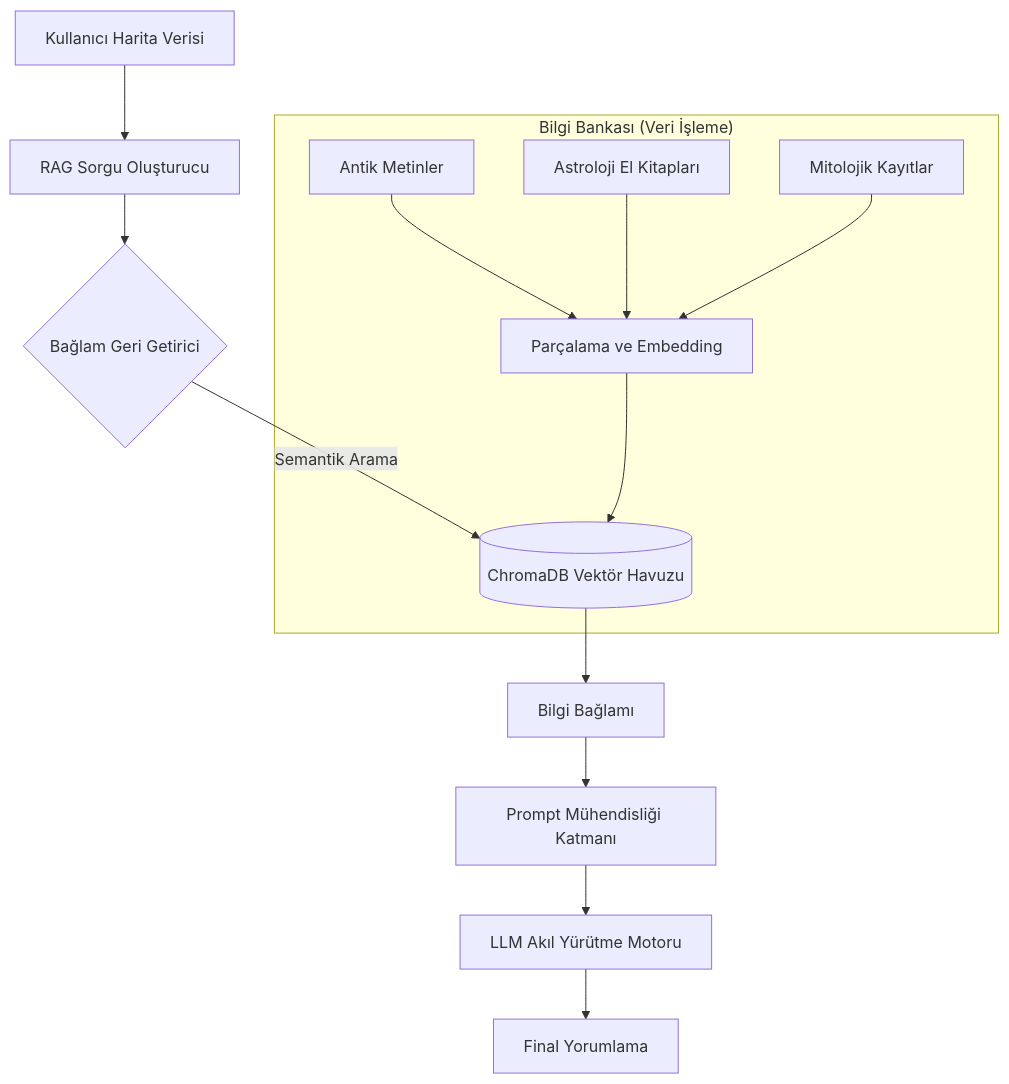
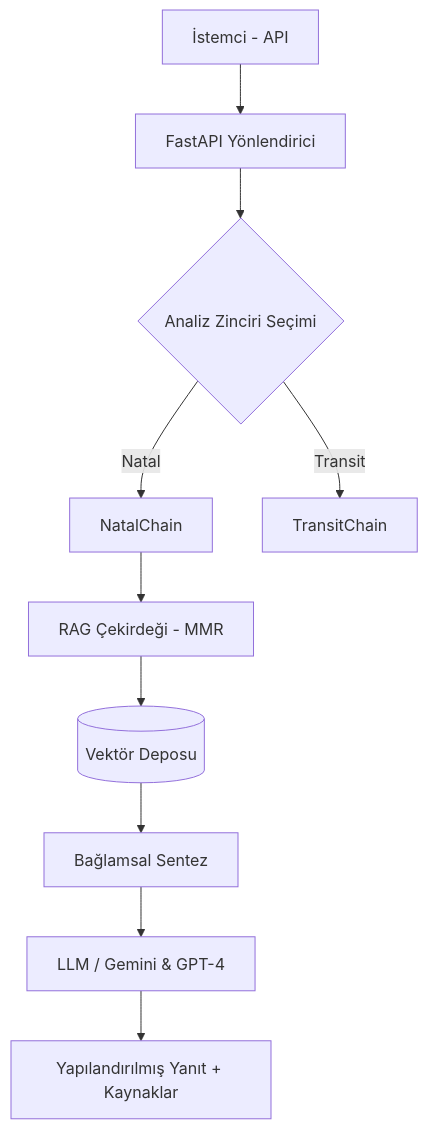
Before and after one commit to arch-yunus/Astro-Oracle: the diagram in README.md, drawn with Mermaid. The commit also changed other lines of this file and 12 other files, not shown here.

Commit message:
feat: Astro-Oracle 2.0 - Comprehensive technical & architectural expansion

````diff
--- a/README.md
+++ b/README.md
@@ -19,17 +25,12 @@
 ```mermaid
 graph TD
-    A[Kullanıcı Harita Verisi] --> B[RAG Sorgu Oluşturucu]
-    B --> C{Bağlam Geri Getirici}
-    C -->|Semantik Arama| D[(ChromaDB Vektör Havuzu)]
-    D --> E[Bilgi Bağlamı]
-    E --> F[Prompt Mühendisliği Katmanı]
-    F --> G[LLM Akıl Yürütme Motoru]
-    G --> H[Final Yorumlama]
-    
-    subgraph "Bilgi Bankası (Veri İşleme)"
-    I[Antik Metinler] --> J[Parçalama ve Embedding]
-    K[Astroloji El Kitapları] --> J
-    L[Mitolojik Kayıtlar] --> J
-    J --> D
-    end
+    A[İstemci - API] --> B[FastAPI Yönlendirici]
+    B --> C{Analiz Zinciri Seçimi}
+    C -->|Natal| D[NatalChain]
+    C -->|Transit| E[TransitChain]
+    D --> F[RAG Çekirdeği - MMR]
+    F --> G[(Vektör Deposu)]
+    G --> H[Bağlamsal Sentez]
+    H --> I[LLM / Gemini & GPT-4]
+    I --> J[Yapılandırılmış Yanıt + Kaynaklar]
 ```
````
